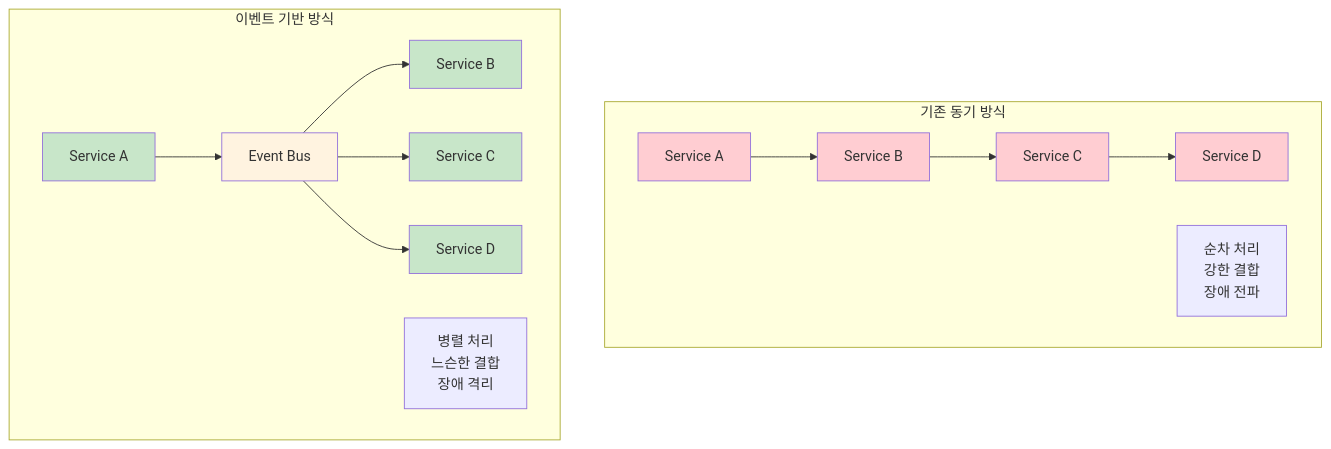
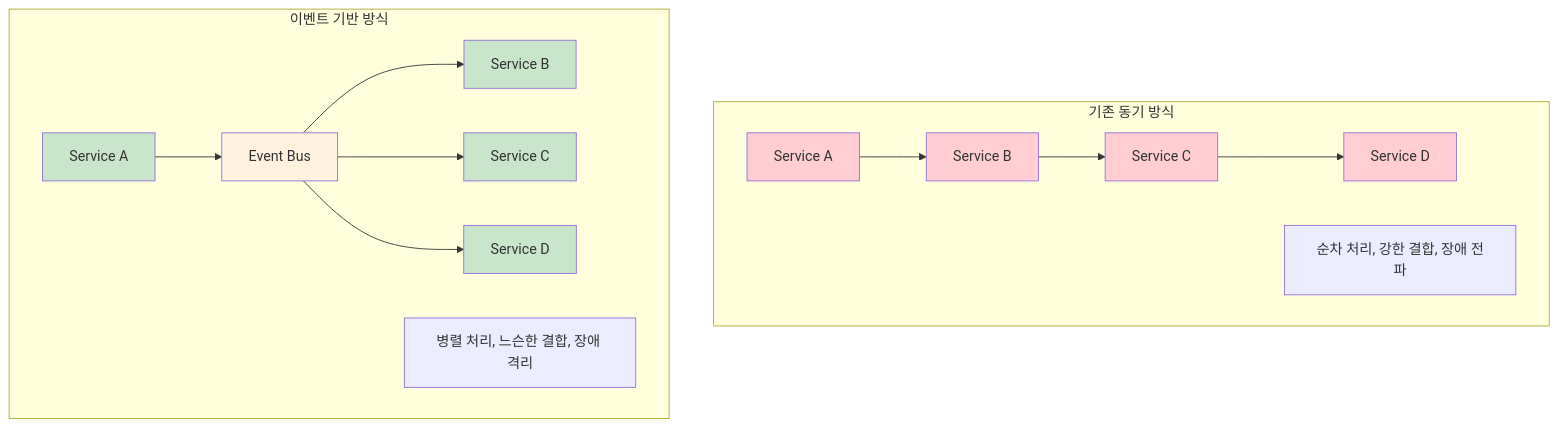
The diagram in docs/cs/guide/chapter-14-distributed-systems/05-event-driven-architecture.md (choru-k/choru-wiki), drawn with Mermaid before and after one commit. The commit also changed other lines of this file and 13 other files, not shown here.

````diff
--- a/docs/cs/guide/chapter-14-distributed-systems/05-event-driven-architecture.md
+++ b/docs/cs/guide/chapter-14-distributed-systems/05-event-driven-architecture.md
@@ -67,30 +67,30 @@
 ```mermaid
 graph TD
     subgraph "기존 동기 방식"
         A1[Service A] --> B1[Service B]
         B1 --> C1[Service C] 
         C1 --> D1[Service D]
         
-        note1[순차 처리<br/>강한 결합<br/>장애 전파]
+        note1[순차 처리, 강한 결합, 장애 전파]
     end
     
     subgraph "이벤트 기반 방식"
         A2[Service A] --> EB[Event Bus]
         EB --> B2[Service B]
         EB --> C2[Service C]
         EB --> D2[Service D]
         
-        note2[병렬 처리<br/>느슨한 결합<br/>장애 격리]
+        note2[병렬 처리, 느슨한 결합, 장애 격리]
     end
     
     style A1 fill:#ffcdd2
     style B1 fill:#ffcdd2
     style C1 fill:#ffcdd2
     style D1 fill:#ffcdd2
     
     style A2 fill:#c8e6c9
     style B2 fill:#c8e6c9
     style C2 fill:#c8e6c9
     style D2 fill:#c8e6c9
     style EB fill:#fff3e0
 ```
````
